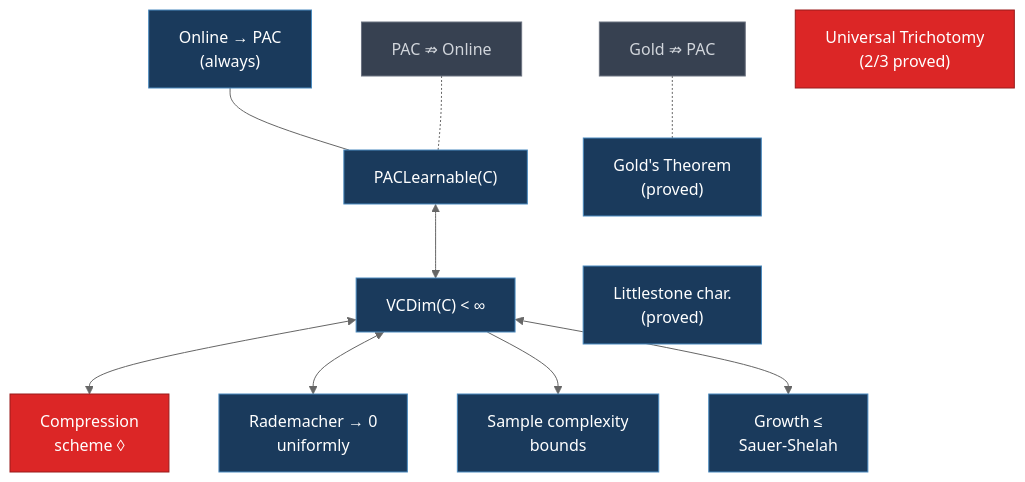
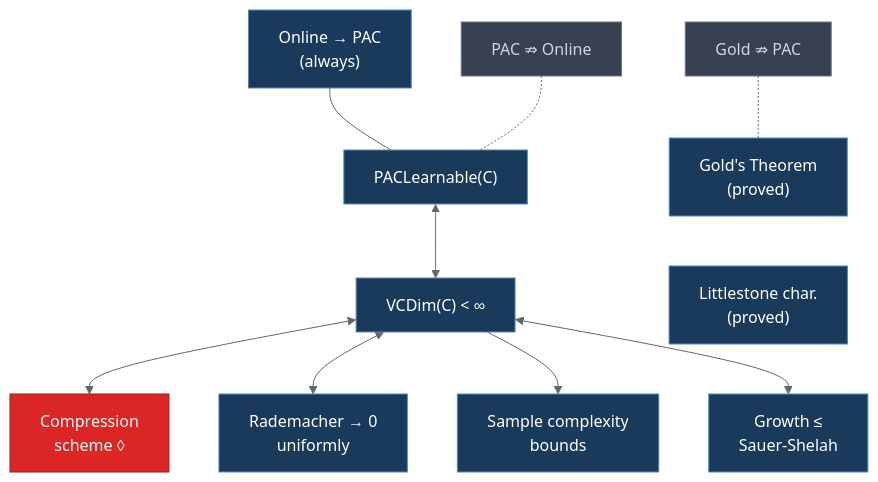
The first of 5 diagrams in README.md (Zetetic-Dhruv/formal-learning-theory-kernel), drawn with Mermaid (neutral theme) before and after one commit.

Commit message:
Remove Universal Trichotomy from README

````diff
--- a/README.md
+++ b/README.md
@@ -3,31 +3,30 @@
 ```mermaid
 flowchart TB
     classDef proved fill:#1a3a5c,stroke:#4a8abf,color:#fff
     classDef sorry fill:#dc2626,stroke:#991b1b,color:#fff
     classDef sep fill:#374151,stroke:#6b7280,color:#d1d5db
 
     PAC["PACLearnable(C)"]:::proved
     VC["VCDim(C) &lt; ∞"]:::proved
     CS["Compression\nscheme ◊"]:::sorry
     RAD["Rademacher → 0\nuniformly"]:::proved
     SB["Sample complexity\nbounds"]:::proved
     GF["Growth ≤\nSauer-Shelah"]:::proved
 
     PAC <--> VC
     VC <--> CS
     VC <--> RAD
     VC --> SB
     VC <--> GF
 
     GT["Gold's Theorem\n(proved)"]:::proved
     LC["Littlestone char.\n(proved)"]:::proved
     OIP["Online → PAC\n(always)"]:::proved
     PNO["PAC ⇏ Online"]:::sep
     ENP["Gold ⇏ PAC"]:::sep
-    UT["Universal Trichotomy\n(2/3 proved)"]:::sorry
-
+    
     GT ~~~ LC
     OIP --- PAC
     PNO -.- PAC
     ENP -.- GT
 ```
````
